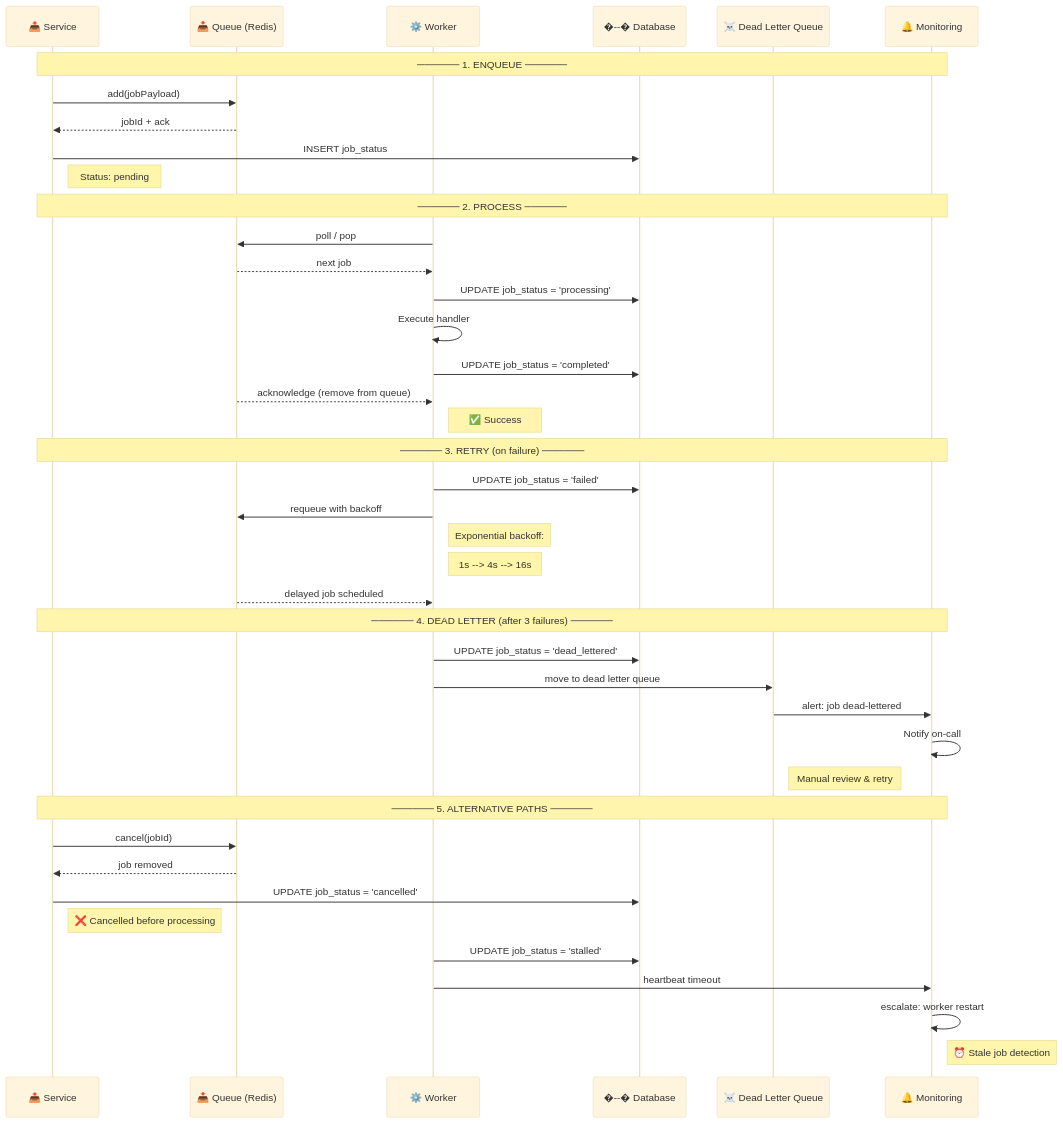
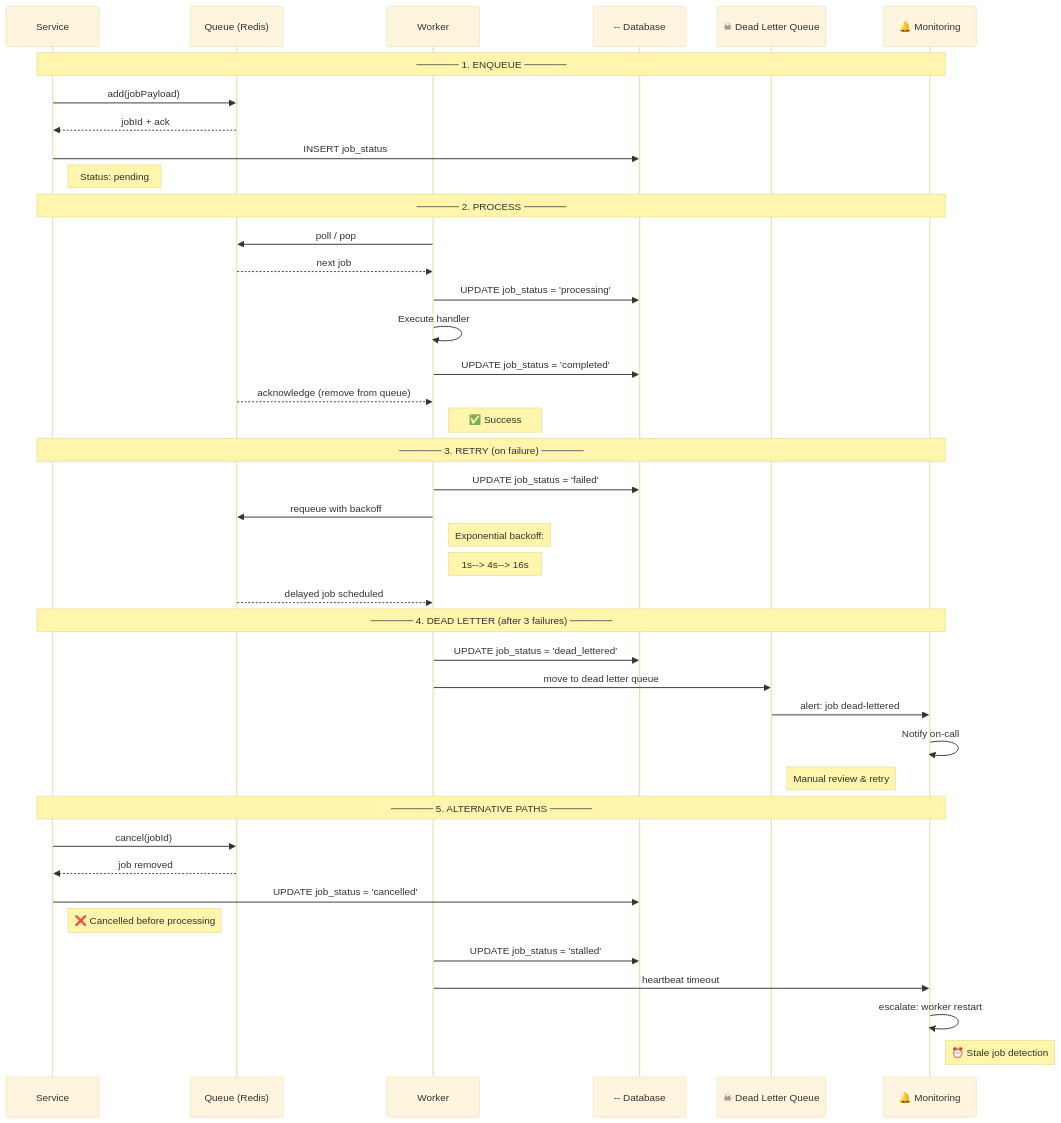
The first of 2 diagrams in docs/backend/Workers.md (Driftloom/Vaeloom), drawn with Mermaid (base theme) before and after one commit. The commit also changed other lines of this file and 694 other files, not shown here.

First line of the commit message:
docs: mermaid standardization — encoding/mermaid/duplicate cleanup

````diff
--- a/docs/backend/Workers.md
+++ b/docs/backend/Workers.md
@@ -14,49 +14,49 @@
 ```mermaid
 sequenceDiagram
-    participant S as 📤 Service
-    participant Q as 📥 Queue (Redis)
-    participant W as ⚙️ Worker
-    participant DB as �--�️ Database
-    participant DLQ as ☠️ Dead Letter Queue
-    participant M as 🔔 Monitoring
+ participant S as Service
+ participant Q as Queue (Redis)
+ participant W as Worker
+ participant DB as -- Database
+ participant DLQ as ☠ Dead Letter Queue
+ participant M as 🔔 Monitoring
 
-    Note over S,M: ────── 1. ENQUEUE ──────
-    S->>Q: add(jobPayload)
-    Q-->>S: jobId + ack
-    S->>DB: INSERT job_status
-    Note right of S: Status: pending
+ Note over S,M: ────── 1. ENQUEUE ──────
+ S->>Q: add(jobPayload)
+ Q-->>S: jobId + ack
+ S->>DB: INSERT job_status
+ Note right of S: Status: pending
 
-    Note over S,M: ────── 2. PROCESS ──────
-    W->>Q: poll / pop
-    Q-->>W: next job
-    W->>DB: UPDATE job_status = 'processing'
-    W->>W: Execute handler
-    W->>DB: UPDATE job_status = 'completed'
-    Q-->>W: acknowledge (remove from queue)
-    Note right of W: ✅ Success
+ Note over S,M: ────── 2. PROCESS ──────
+ W->>Q: poll / pop
+ Q-->>W: next job
+ W->>DB: UPDATE job_status = 'processing'
+ W->>W: Execute handler
+ W->>DB: UPDATE job_status = 'completed'
+ Q-->>W: acknowledge (remove from queue)
+ Note right of W: ✅ Success
 
-    Note over S,M: ────── 3. RETRY (on failure) ──────
-    W->>DB: UPDATE job_status = 'failed'
-    W->>Q: requeue with backoff
-    Note right of W: Exponential backoff:
-    Note right of W: 1s --> 4s --> 16s
-    Q-->>W: delayed job scheduled
+ Note over S,M: ────── 3. RETRY (on failure) ──────
+ W->>DB: UPDATE job_status = 'failed'
+ W->>Q: requeue with backoff
+ Note right of W: Exponential backoff:
+ Note right of W: 1s--> 4s--> 16s
+ Q-->>W: delayed job scheduled
 
-    Note over S,M: ────── 4. DEAD LETTER (after 3 failures) ──────
-    W->>DB: UPDATE job_status = 'dead_lettered'
-    W->>DLQ: move to dead letter queue
-    DLQ->>M: alert: job dead-lettered
-    M->>M: Notify on-call
-    Note right of DLQ: Manual review & retry
+ Note over S,M: ────── 4. DEAD LETTER (after 3 failures) ──────
+ W->>DB: UPDATE job_status = 'dead_lettered'
+ W->>DLQ: move to dead letter queue
+ DLQ->>M: alert: job dead-lettered
+ M->>M: Notify on-call
+ Note right of DLQ: Manual review & retry
 
-    Note over S,M: ────── 5. ALTERNATIVE PATHS ──────
-    S->>Q: cancel(jobId)
-    Q-->>S: job removed
-    S->>DB: UPDATE job_status = 'cancelled'
-    Note right of S: ❌ Cancelled before processing
+ Note over S,M: ────── 5. ALTERNATIVE PATHS ──────
+ S->>Q: cancel(jobId)
+ Q-->>S: job removed
+ S->>DB: UPDATE job_status = 'cancelled'
+ Note right of S: ❌ Cancelled before processing
 
-    W->>DB: UPDATE job_status = 'stalled'
-    W->>M: heartbeat timeout
-    M->>M: escalate: worker restart
-    Note right of M: ⏰ Stale job detection
+ W->>DB: UPDATE job_status = 'stalled'
+ W->>M: heartbeat timeout
+ M->>M: escalate: worker restart
+ Note right of M: ⏰ Stale job detection
 ```
````
